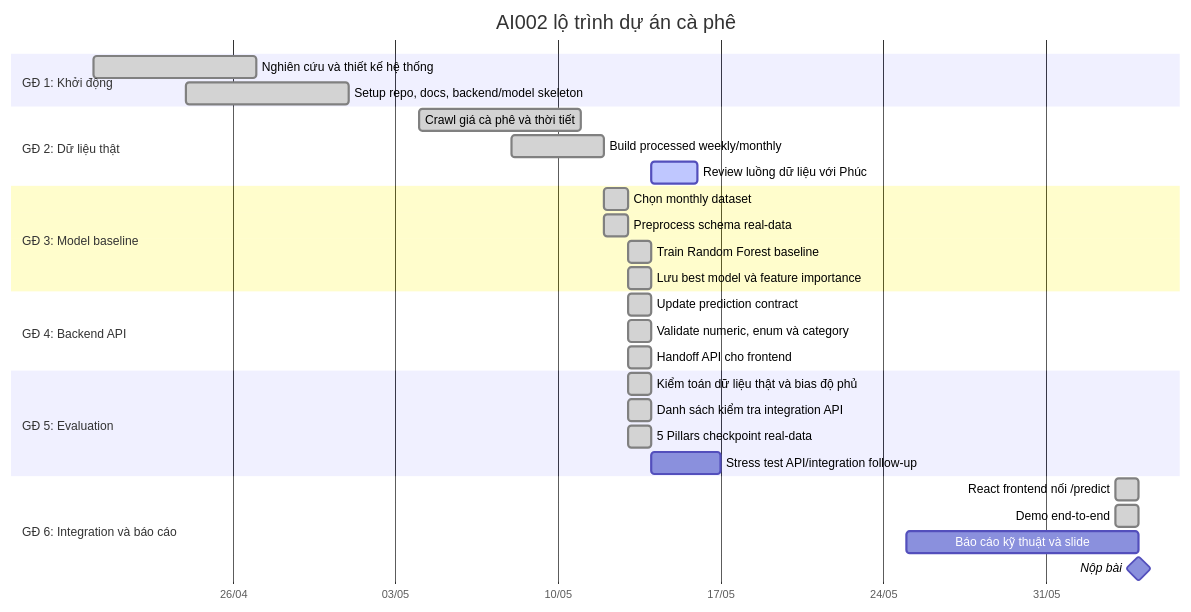
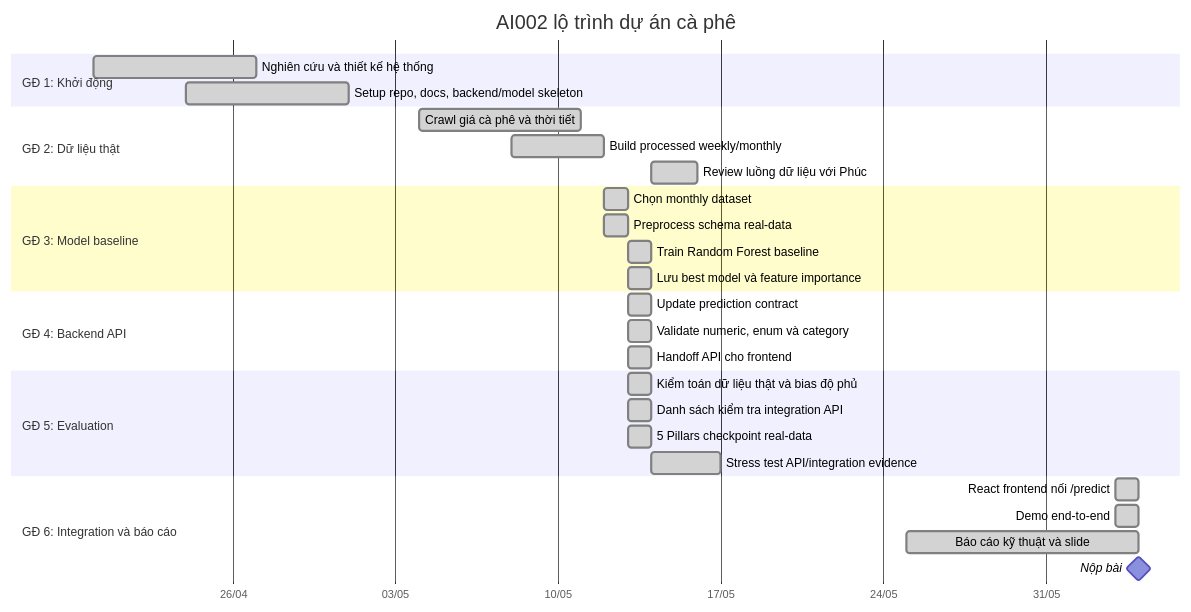
Before and after one commit to uit-25730067-chithanh/AI002-Team22-DT10: the third of 8 diagrams in docs/project-roadmap.md, drawn with Mermaid. The commit also changed other lines of this file and 6 other files, not shown here.

````diff
--- a/docs/project-roadmap.md
+++ b/docs/project-roadmap.md
@@ -60,39 +62,39 @@
 ```mermaid
 gantt
     title AI002 lộ trình dự án cà phê
     dateFormat  YYYY-MM-DD
     tickInterval 1w
     axisFormat  %d/%m
 
     section GĐ 1: Khởi động
     Nghiên cứu và thiết kế hệ thống          :done, a1, 2026-04-20, 7d
     Setup repo, docs, backend/model skeleton :done, a2, 2026-04-24, 7d
 
     section GĐ 2: Dữ liệu thật
     Crawl giá cà phê và thời tiết            :done, b1, 2026-05-04, 7d
     Build processed weekly/monthly           :done, b2, 2026-05-08, 4d
-    Review luồng dữ liệu với Phúc            :active, b3, 2026-05-14, 2d
+    Review luồng dữ liệu với Phúc            :done, b3, 2026-05-14, 2d
 
     section GĐ 3: Model baseline
     Chọn monthly dataset                     :done, c1, 2026-05-12, 1d
     Preprocess schema real-data              :done, c2, 2026-05-12, 1d
     Train Random Forest baseline             :done, c3, 2026-05-13, 1d
     Lưu best model và feature importance     :done, c4, 2026-05-13, 1d
 
     section GĐ 4: Backend API
     Update prediction contract               :done, d1, 2026-05-13, 1d
     Validate numeric, enum và category       :done, d2, 2026-05-13, 1d
     Handoff API cho frontend                 :done, d3, 2026-05-13, 1d
 
     section GĐ 5: Evaluation
     Kiểm toán dữ liệu thật và bias độ phủ         :done, e0, 2026-05-13, 1d
     Danh sách kiểm tra integration API             :done, e1, 2026-05-13, 1d
     5 Pillars checkpoint real-data           :done, e2, 2026-05-13, 1d
-    Stress test API/integration follow-up    :e3, 2026-05-14, 3d
+    Stress test API/integration evidence     :done, e3, 2026-05-14, 3d
 
     section GĐ 6: Integration và báo cáo
     React frontend nối /predict             :done, f1, 2026-06-03, 1d
     Demo end-to-end                          :done, f2, 2026-06-03, 1d
-    Báo cáo kỹ thuật và slide                :f3, 2026-05-25, 10d
+    Báo cáo kỹ thuật và slide                :done, f3, 2026-05-25, 10d
     Nộp bài                                  :milestone, f4, 2026-06-04, 0d
 ```
````
